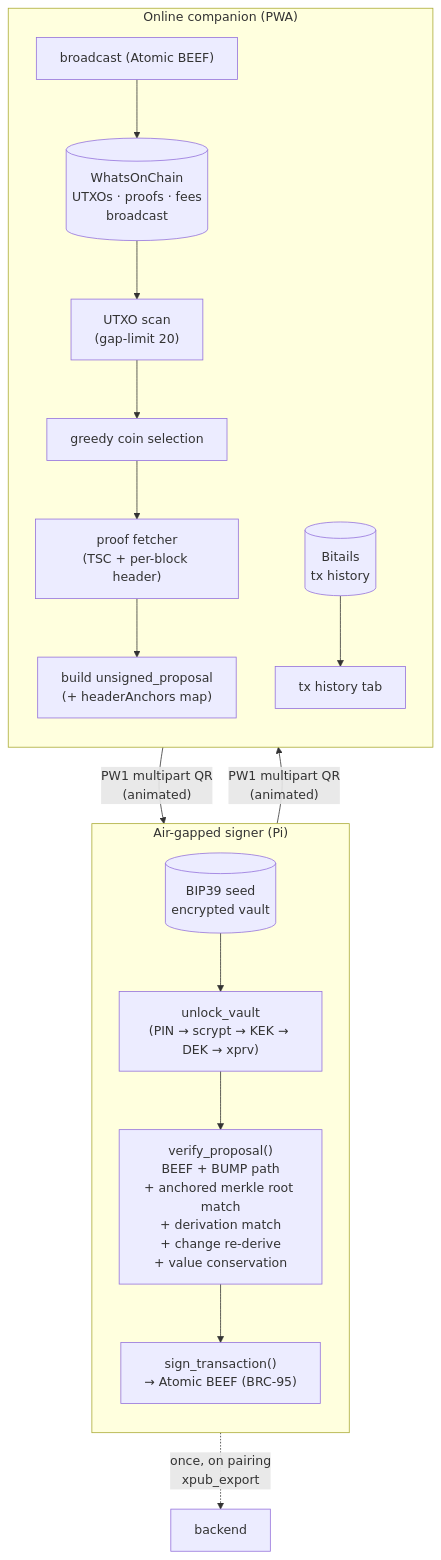
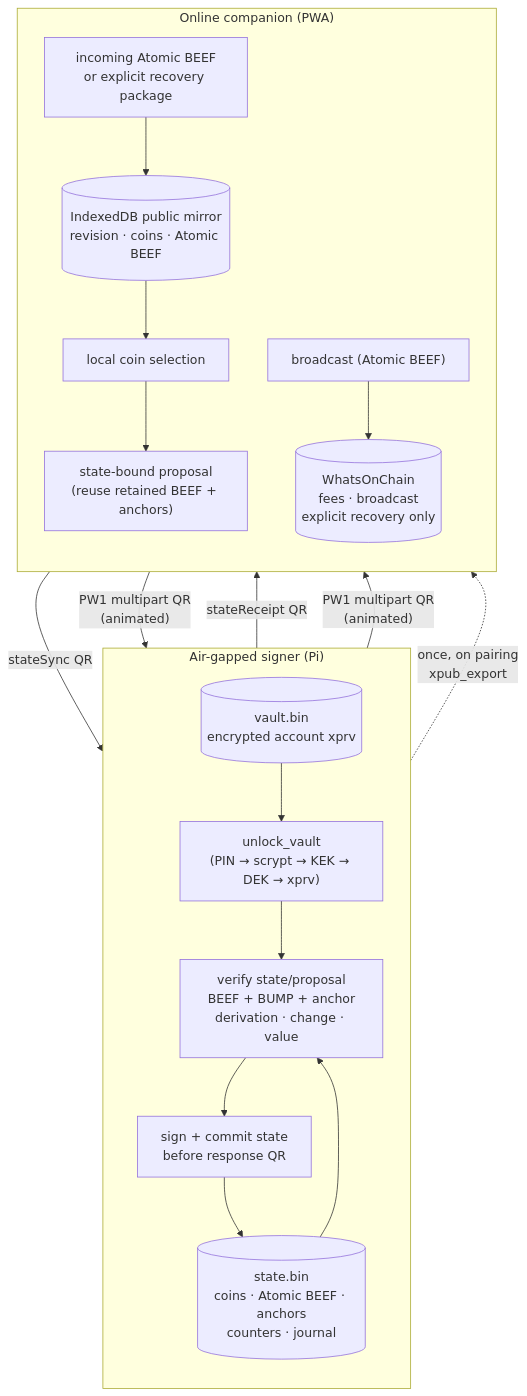
One commit to mohrt/PiWalletSV changed the diagram in docs/architecture.md. Above: the diagram before and after it, drawn with Mermaid. The commit also changed other lines of this file and 55 other files, not shown here.

````diff
--- a/docs/architecture.md
+++ b/docs/architecture.md
@@ -16,29 +16,32 @@
 ```mermaid
 flowchart TB
   subgraph air["Air-gapped signer (Pi)"]
     direction TB
-    seed[("BIP39 seed<br/>encrypted vault")]
+    seed[("vault.bin<br/>encrypted account xprv")]
+    state[("state.bin<br/>coins · Atomic BEEF · anchors<br/>counters · journal")]
     decrypt["unlock_vault<br/>(PIN → scrypt → KEK → DEK → xprv)"]
-    verify["verify_proposal()<br/>BEEF + BUMP path<br/>+ anchored merkle root match<br/>+ derivation match<br/>+ change re-derive<br/>+ value conservation"]
-    sign["sign_transaction()<br/>→ Atomic BEEF (BRC-95)"]
+    verify["verify state/proposal<br/>BEEF + BUMP + anchor<br/>derivation · change · value"]
+    sign["sign + commit state<br/>before response QR"]
     seed --> decrypt --> verify --> sign
+    state --> verify
+    sign --> state
   end
 
   subgraph online["Online companion (PWA)"]
     direction TB
-    woc[("WhatsOnChain<br/>UTXOs · proofs · fees<br/>broadcast")]
-    bitails[("Bitails<br/>tx history")]
-    scan["UTXO scan<br/>(gap-limit 20)"]
-    select["greedy coin selection"]
-    proof["proof fetcher<br/>(TSC + per-block header)"]
-    build["build unsigned_proposal<br/>(+ headerAnchors map)"]
+    mirror[("IndexedDB public mirror<br/>revision · coins · Atomic BEEF")]
+    package["incoming Atomic BEEF<br/>or explicit recovery package"]
+    select["local coin selection"]
+    build["state-bound proposal<br/>(reuse retained BEEF + anchors)"]
     bcast["broadcast (Atomic BEEF)"]
-    woc --> scan --> select --> proof --> build
+    woc[("WhatsOnChain<br/>fees · broadcast<br/>explicit recovery only")]
+    package --> mirror --> select --> build
     bcast --> woc
-    bitails --> history["tx history tab"]
   end
 
+  package -- "stateSync QR" --> verify
+  verify -- "stateReceipt QR" --> mirror
   build -- "PW1 multipart QR<br/>(animated)" --> verify
   sign -- "PW1 multipart QR<br/>(animated)" --> bcast
-  seed -.->|"once, on pairing<br/>xpub_export"| backend
+  seed -.->|"once, on pairing<br/>xpub_export"| mirror
 ```
````
